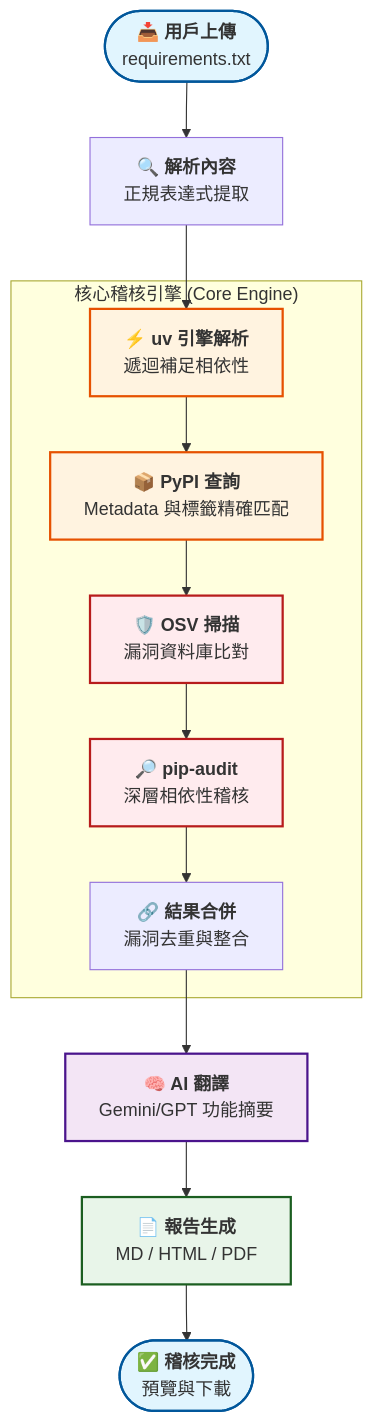
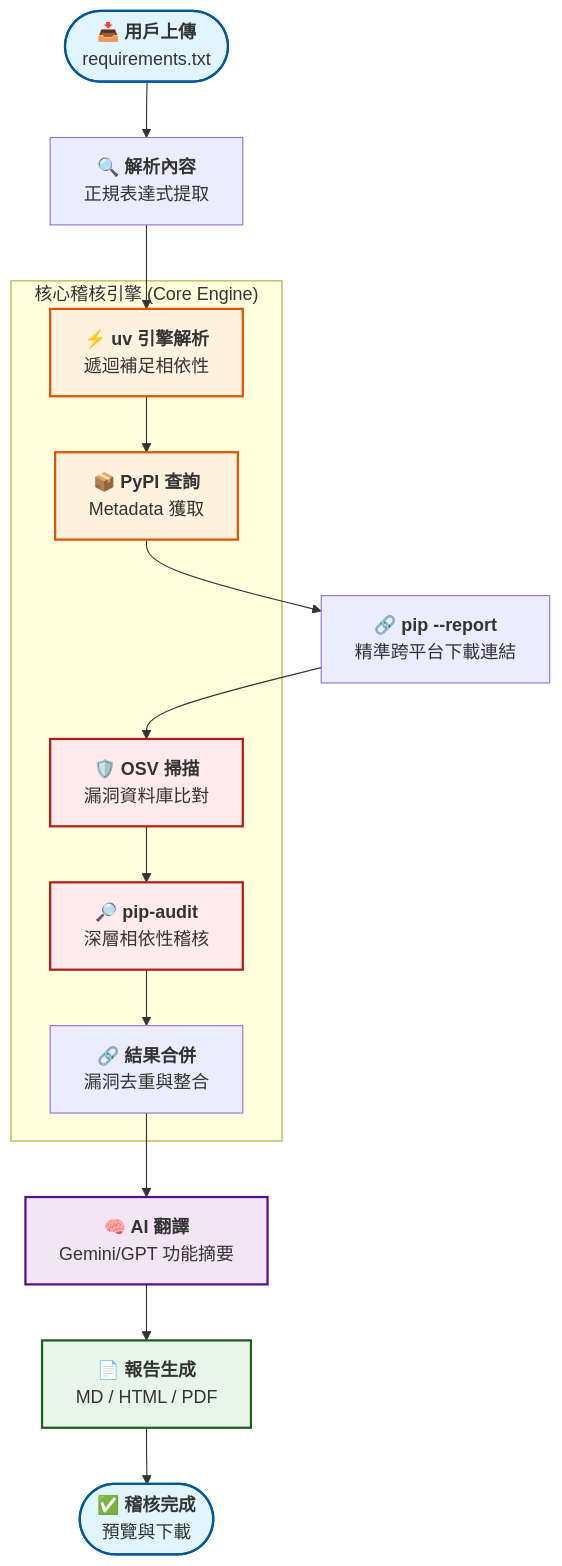
The diagram in README.md (lucifer0427/audit_python_packages), drawn with Mermaid before and after one commit. The commit also changed other lines of this file and 8 other files, not shown here.

Commit message:
feat: implement pip --report for cross-platform download links and update UI

````diff
--- a/README.md
+++ b/README.md
@@ -25,44 +25,46 @@
 ```mermaid
 graph TD
     %% 節點定義
     Start([<b>📥 用戶上傳</b><br/>requirements.txt])
     Parse[<b>🔍 解析內容</b><br/>正規表達式提取]
     Resolve[<b>⚡ uv 引擎解析</b><br/>遞迴補足相依性]
-    PyPI[<b>📦 PyPI 查詢</b><br/>Metadata 與標籤精確匹配]
+    PyPI[<b>📦 PyPI 查詢</b><br/>Metadata 獲取]
+    PipReport[<b>🔗 pip --report</b><br/>精準跨平台下載連結]
     OSV[<b>🛡️ OSV 掃描</b><br/>漏洞資料庫比對]
     PipAudit[<b>🔎 pip-audit</b><br/>深層相依性稽核]
     Merge[<b>🔗 結果合併</b><br/>漏洞去重與整合]
     Translate[<b>🧠 AI 翻譯</b><br/>Gemini/GPT 功能摘要]
     Generate[<b>📄 報告生成</b><br/>MD / HTML / PDF]
     End([<b>✅ 稽核完成</b><br/>預覽與下載])
 
     %% 流程連接
     Start --> Parse
     Parse --> Resolve
     Resolve --> PyPI
-    PyPI --> OSV
+    PyPI --> PipReport
+    PipReport --> OSV
     OSV --> PipAudit
     PipAudit --> Merge
     Merge --> Translate
     Translate --> Generate
     Generate --> End
 
     %% 區域標註
     subgraph "核心稽核引擎 (Core Engine)"
         Resolve
         PyPI
         OSV
         PipAudit
         Merge
     end
 
     %% 樣式設定
     style Start fill:#e1f5fe,stroke:#01579b,stroke-width:2px
     style End fill:#e1f5fe,stroke:#01579b,stroke-width:2px
     style Resolve fill:#fff3e0,stroke:#e65100,stroke-width:2px
     style PyPI fill:#fff3e0,stroke:#e65100,stroke-width:2px
     style OSV fill:#ffebee,stroke:#b71c1c,stroke-width:2px
     style PipAudit fill:#ffebee,stroke:#b71c1c,stroke-width:2px
     style Translate fill:#f3e5f5,stroke:#4a148c,stroke-width:2px
     style Generate fill:#e8f5e9,stroke:#1b5e20,stroke-width:2px
 ```
````
